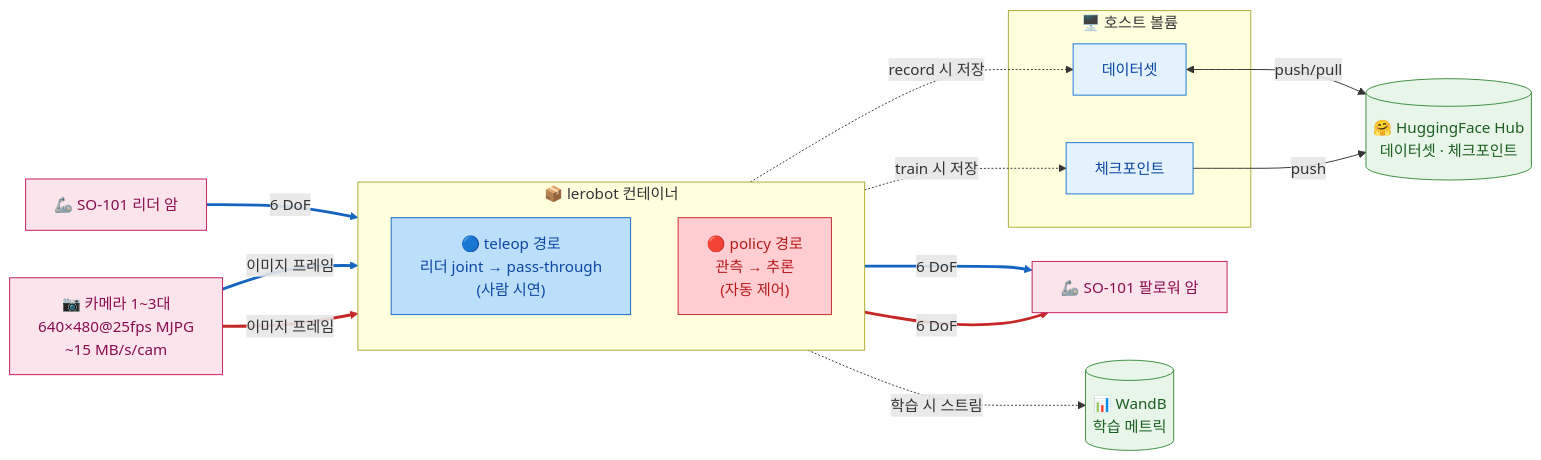
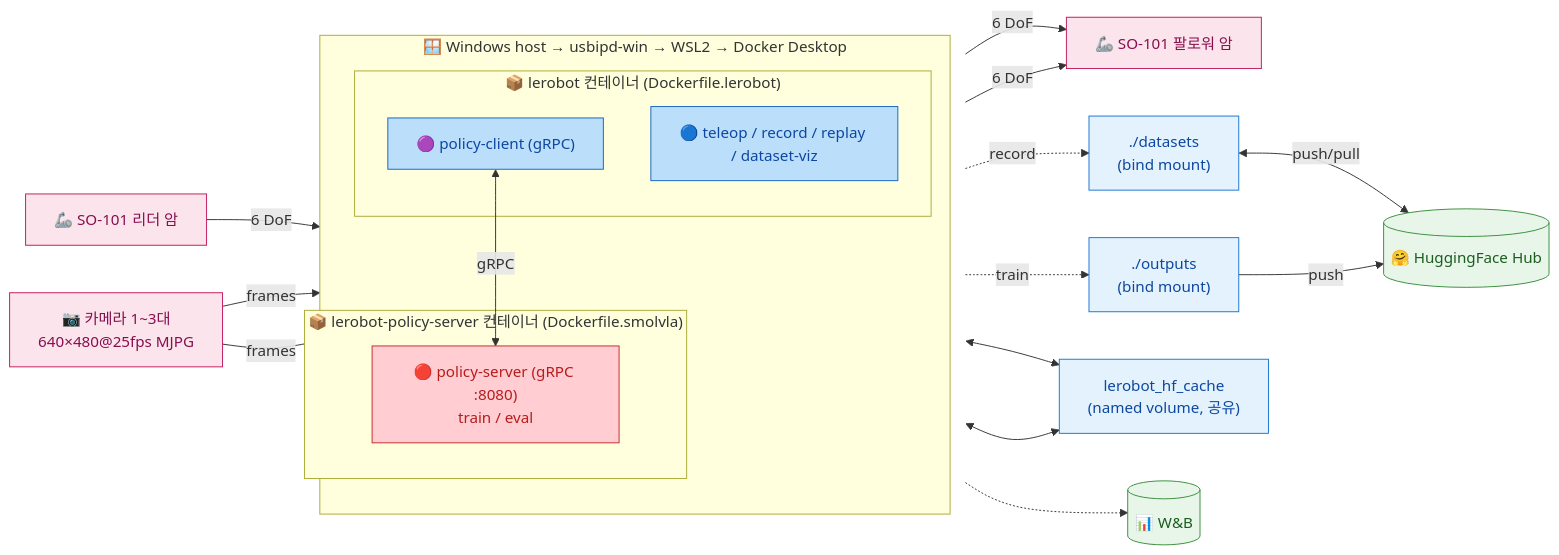
Before and after one commit to PubCyBerry/SO101-Sim2Real: the second of 3 diagrams in README.md, drawn with Mermaid. The commit also changed other lines of this file and 96 other files, not shown here.

````diff
--- a/README.md
+++ b/README.md
@@ -24,43 +485,43 @@
 ```mermaid
 flowchart LR
     classDef hw fill:#fce4ec,stroke:#c2185b,color:#880e4f
     classDef host fill:#e3f2fd,stroke:#1976d2,color:#0d47a1
     classDef cloud fill:#e8f5e9,stroke:#388e3c,color:#1b5e20
     classDef teleopNode fill:#bbdefb,stroke:#1565c0,color:#0d47a1
     classDef policyNode fill:#ffcdd2,stroke:#c62828,color:#b71c1c
 
     LEAD["🦾 SO-101 리더 암"]:::hw
-    CAM["📷 카메라 1~3대<br/>640×480@25fps MJPG<br/>~15 MB/s/cam"]:::hw
+    CAM["📷 카메라 1~3대<br/>640×480@25fps MJPG"]:::hw
+    FOLL["🦾 SO-101 팔로워 암"]:::hw
 
-    subgraph CON["📦 lerobot 컨테이너"]
+    subgraph WSL["🪟 Windows host → usbipd-win → WSL2 → Docker Desktop"]
         direction TB
-        T["🔵 teleop 경로<br/>리더 joint → pass-through<br/>(사람 시연)"]:::teleopNode
-        P["🔴 policy 경로<br/>관측 → 추론<br/>(자동 제어)"]:::policyNode
+        subgraph LERO["📦 lerobot 컨테이너 (Dockerfile.lerobot)"]
+            T["🔵 teleop / record / replay / dataset-viz"]:::teleopNode
+            PC["🟣 policy-client (gRPC)"]:::teleopNode
+        end
+        subgraph SRV["📦 lerobot-policy-server 컨테이너 (Dockerfile.smolvla)"]
+            PS["🔴 policy-server (gRPC :8080)<br/>train / eval"]:::policyNode
+        end
     end
 
-    FOLL["🦾 SO-101 팔로워 암"]:::hw
-
-    subgraph HOST["🖥️ 호스트 볼륨"]
-        DS["데이터셋"]:::host
-        OUT["체크포인트"]:::host
-    end
-    HF[("🤗 HuggingFace Hub<br/>데이터셋 · 체크포인트")]:::cloud
-    WB[("📊 WandB<br/>학습 메트릭")]:::cloud
+    DS["./datasets<br/>(bind mount)"]:::host
+    OUT["./outputs<br/>(bind mount)"]:::host
+    CACHE["lerobot_hf_cache<br/>(named volume, 공유)"]:::host
+    HF[("🤗 HuggingFace Hub")]:::cloud
+    WB[("📊 W&B")]:::cloud
 
     LEAD -->|6 DoF| T
-    CAM -->|이미지 프레임| T
-    CAM -->|이미지 프레임| P
+    CAM -->|frames| T
+    CAM -->|frames| PC
     T -->|6 DoF| FOLL
-    P -->|6 DoF| FOLL
-    T -.->|record 시 저장| DS
-    P -.->|train 시 저장| OUT
+    PC -->|6 DoF| FOLL
+    PC <-->|gRPC| PS
+    T -.->|record| DS
+    PS -.->|train| OUT
     DS <-->|push/pull| HF
     OUT -->|push| HF
-    P -.->|학습 시 스트림| WB
-
-    linkStyle 0 stroke:#1565c0,stroke-width:3px
-    linkStyle 1 stroke:#1565c0,stroke-width:3px
-    linkStyle 2 stroke:#c62828,stroke-width:3px
-    linkStyle 3 stroke:#1565c0,stroke-width:3px
-    linkStyle 4 stroke:#c62828,stroke-width:3px
+    PS -.-> WB
+    PS <--> CACHE
+    PC <--> CACHE
 ```
````
